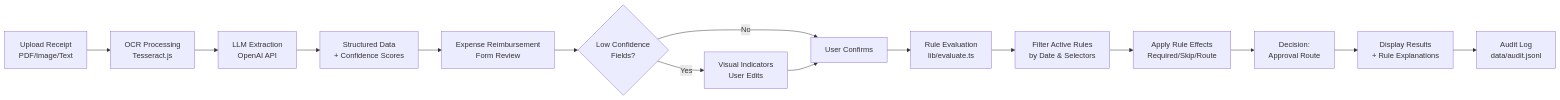
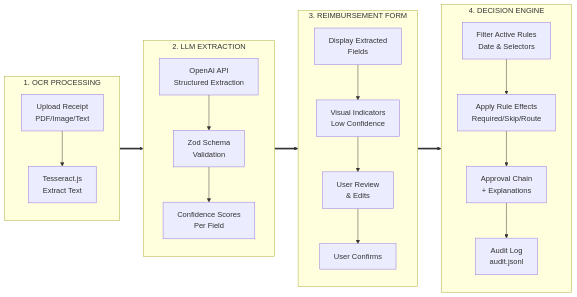
The diagram in README.md (skrivov/erapp), drawn with Mermaid before and after one commit. The commit also changed 1 other file, not shown here.

````diff
--- a/README.md
+++ b/README.md
@@ -71,17 +71,33 @@
 ```mermaid
 graph LR
-    A[Upload Receipt<br/>PDF/Image/Text] --> B[OCR Processing<br/>Tesseract.js]
-    B --> C[LLM Extraction<br/>OpenAI API]
-    C --> D[Structured Data<br/>+ Confidence Scores]
-    D --> E[Expense Reimbursement<br/>Form Review]
-    E --> F{Low Confidence<br/>Fields?}
-    F -->|Yes| G[Visual Indicators<br/>User Edits]
-    F -->|No| H[User Confirms]
-    G --> H
-    H --> I[Rule Evaluation<br/>lib/evaluate.ts]
-    I --> J[Filter Active Rules<br/>by Date & Selectors]
-    J --> K[Apply Rule Effects<br/>Required/Skip/Route]
-    K --> L[Decision:<br/>Approval Route]
-    L --> M[Display Results<br/>+ Rule Explanations]
-    M --> N[Audit Log<br/>data/audit.jsonl]
+    subgraph OCR["1. OCR PROCESSING"]
+        A1[Upload Receipt<br/>PDF/Image/Text]
+        A2[Tesseract.js<br/>Extract Text]
+        A1 --> A2
+    end
+
+    subgraph LLM["2. LLM EXTRACTION"]
+        B1[OpenAI API<br/>Structured Extraction]
+        B2[Zod Schema<br/>Validation]
+        B3[Confidence Scores<br/>Per Field]
+        B1 --> B2 --> B3
+    end
+
+    subgraph FORM["3. REIMBURSEMENT FORM"]
+        C1[Display Extracted<br/>Fields]
+        C2[Visual Indicators<br/>Low Confidence]
+        C3[User Review<br/>& Edits]
+        C4[User Confirms]
+        C1 --> C2 --> C3 --> C4
+    end
+
+    subgraph DECISION["4. DECISION ENGINE"]
+        D1[Filter Active Rules<br/>Date & Selectors]
+        D2[Apply Rule Effects<br/>Required/Skip/Route]
+        D3[Approval Chain<br/>+ Explanations]
+        D4[Audit Log<br/>audit.jsonl]
+        D1 --> D2 --> D3 --> D4
+    end
+
+    OCR ==> LLM ==> FORM ==> DECISION
 ```
````
